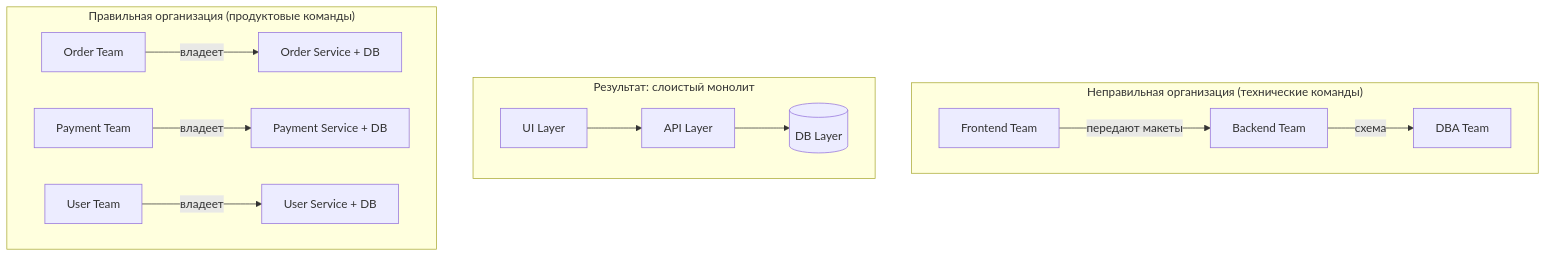
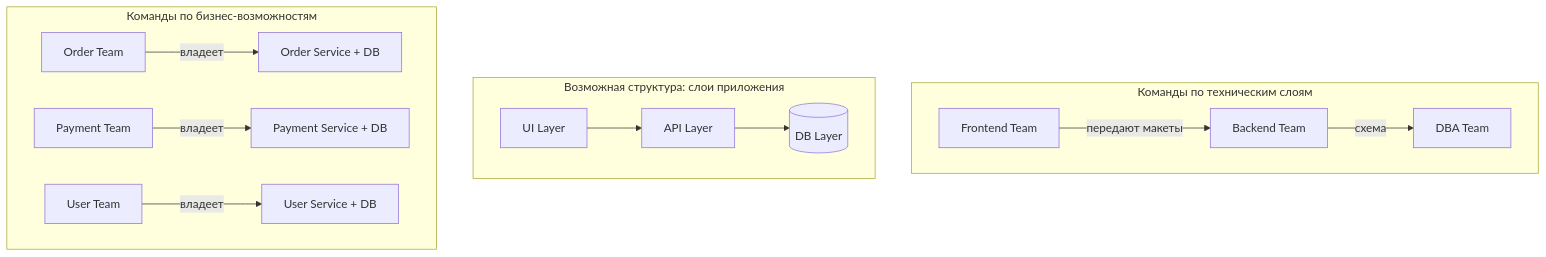
One commit to akeverus/cheat-sheet changed diagram 16 of 18 in cheatsheets/interview/architecture/microservices-interview.md. Above: the diagram before and after it, drawn with Mermaid. The commit also changed other lines of this file and 6 other files, not shown here.

````diff
--- a/cheatsheets/interview/architecture/microservices-interview.md
+++ b/cheatsheets/interview/architecture/microservices-interview.md
@@ -1194,16 +1159,16 @@
 ```mermaid
 graph TB
-    subgraph "Неправильная организация (технические команды)"
+    subgraph "Команды по техническим слоям"
         FE[Frontend Team] -->|передают макеты| BE[Backend Team]
         BE -->|схема| DBA[DBA Team]
     end
-    subgraph "Результат: слоистый монолит"
+    subgraph "Возможная структура: слои приложения"
         UI[UI Layer] --> API[API Layer] --> DB[(DB Layer)]
     end
 
-    subgraph "Правильная организация (продуктовые команды)"
+    subgraph "Команды по бизнес-возможностям"
         OT[Order Team] -->|владеет| OS[Order Service + DB]
         PT[Payment Team] -->|владеет| PS[Payment Service + DB]
         UT[User Team] -->|владеет| US[User Service + DB]
     end
 ```
````
